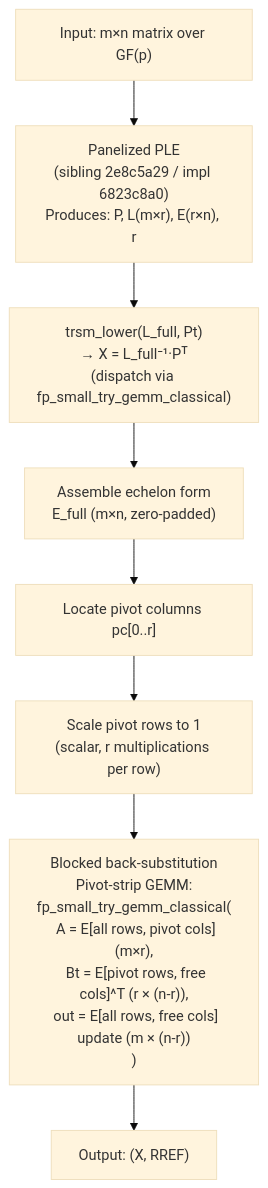
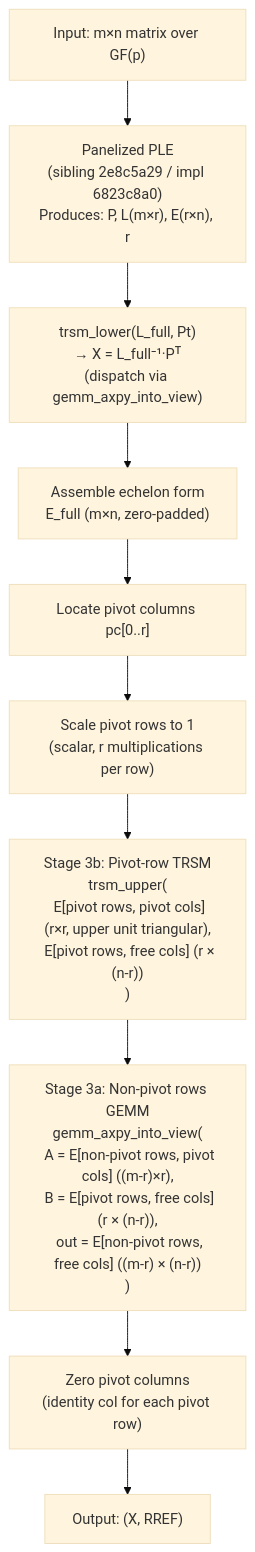
One commit to erankavija/gf2 changed the diagram in dev/active/24a93e4e-blocked-echelon-design.md. Above: the diagram before and after it, drawn with Mermaid (base theme). The commit also changed other lines of this file, not shown here.

Commit message:
docs(jit:24a93e4e): R1 — split back-sub into TRSM+GEMM, GF(65521) path, drop aspirational speculation

````diff
--- a/dev/active/24a93e4e-blocked-echelon-design.md
+++ b/dev/active/24a93e4e-blocked-echelon-design.md
@@ -122,10 +134,12 @@
 ```mermaid
 flowchart TD
     A["Input: m×n matrix over GF(p)"] --> B["Panelized PLE\n(sibling 2e8c5a29 / impl 6823c8a0)\nProduces: P, L(m×r), E(r×n), r"]
-    B --> C["trsm_lower(L_full, Pt)\n→ X = L_full⁻¹·Pᵀ\n(dispatch via fp_small_try_gemm_classical)"]
+    B --> C["trsm_lower(L_full, Pt)\n→ X = L_full⁻¹·Pᵀ\n(dispatch via gemm_axpy_into_view)"]
     C --> D["Assemble echelon form\nE_full (m×n, zero-padded)"]
     D --> E["Locate pivot columns pc[0..r]"]
     E --> F["Scale pivot rows to 1\n(scalar, r multiplications per row)"]
-    F --> G["Blocked back-substitution\nPivot-strip GEMM:\nfp_small_try_gemm_classical(\n  A = E[all rows, pivot cols] (m×r),\n  Bt = E[pivot rows, free cols]^T (r × (n-r)),\n  out = E[all rows, free cols] update (m × (n-r))\n)"]
-    G --> H["Output: (X, RREF)"]
+    F --> Gb["Stage 3b: Pivot-row TRSM\ntrsm_upper(\n  E[pivot rows, pivot cols] (r×r, upper unit triangular),\n  E[pivot rows, free cols] (r × (n-r))\n)"]
+    Gb --> Ga["Stage 3a: Non-pivot rows GEMM\ngemm_axpy_into_view(\n  A = E[non-pivot rows, pivot cols] ((m-r)×r),\n  B = E[pivot rows, free cols] (r × (n-r)),\n  out = E[non-pivot rows, free cols] ((m-r) × (n-r))\n)"]
+    Ga --> Hzero["Zero pivot columns\n(identity col for each pivot row)"]
+    Hzero --> H["Output: (X, RREF)"]
 ```
````
